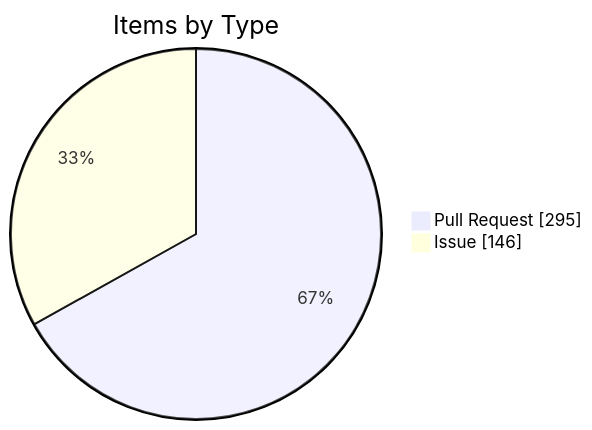
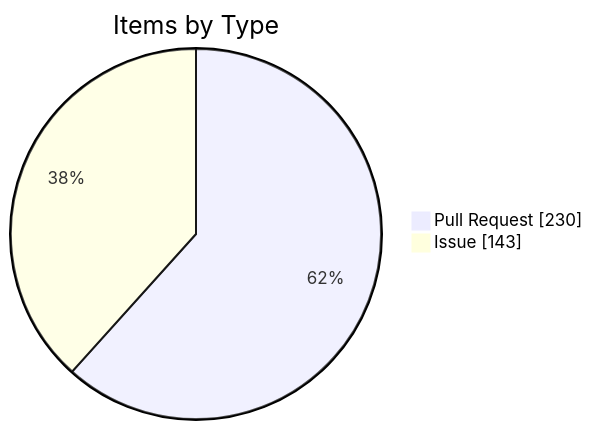
The fourth of 4 diagrams in apps/kbve/astro-kbve/src/content/docs/dashboard/kanban-data.mdx (KBVE/kbve), drawn with Mermaid before and after one commit. The commit also changed other lines of this file and 7 other files, not shown here.

````diff
--- a/apps/kbve/astro-kbve/src/content/docs/dashboard/kanban-data.mdx
+++ b/apps/kbve/astro-kbve/src/content/docs/dashboard/kanban-data.mdx
@@ -116,6 +116,6 @@
 ```mermaid
 pie showData
     title Items by Type
-    "Pull Request" : 295
-    "Issue" : 146
+    "Pull Request" : 230
+    "Issue" : 143
 ```
````
